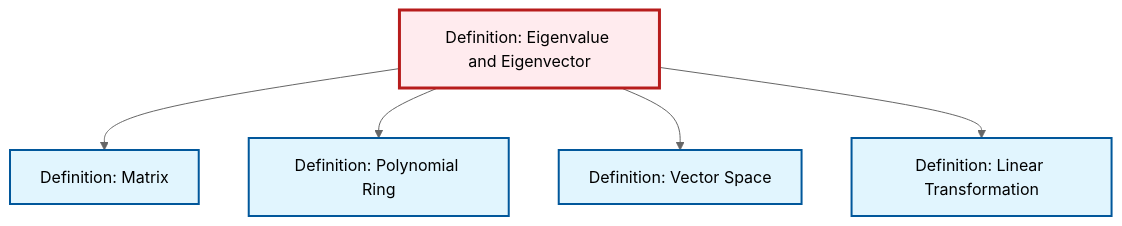
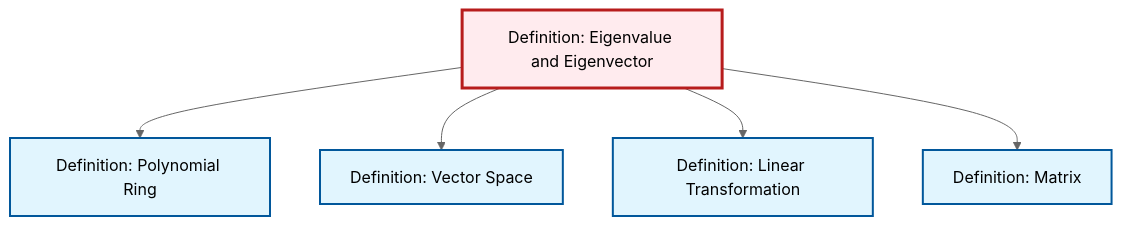
Before and after one commit to RK0429/ModernMath: the diagram in content/ja/algebra/def-eigenvalue-eigenvector.qmd, drawn with Mermaid (neutral theme). The commit also changed other lines of this file and 474 other files, not shown here.

````diff
--- a/content/ja/algebra/def-eigenvalue-eigenvector.qmd
+++ b/content/ja/algebra/def-eigenvalue-eigenvector.qmd
@@ -76,23 +76,23 @@
 ```{mermaid}
 %%| fig-cap: "Local dependency graph"
 graph TD
     classDef definition fill:#e1f5fe,stroke:#01579b,stroke-width:2px
     classDef theorem fill:#f3e5f5,stroke:#4a148c,stroke-width:2px
     classDef axiom fill:#fff3e0,stroke:#e65100,stroke-width:2px
     classDef example fill:#e8f5e9,stroke:#1b5e20,stroke-width:2px
     classDef current fill:#ffebee,stroke:#b71c1c,stroke-width:3px
+    def-polynomial-ring["Definition: Polynomial Ring"]:::definition
     def-linear-transformation["Definition: Linear Transformation"]:::definition
-    def-eigenvalue-eigenvector["Definition: Eigenvalue and Eigenvector"]:::definition
-    def-polynomial-ring["Definition: Polynomial Ring"]:::definition
     def-vector-space["Definition: Vector Space"]:::definition
     def-matrix["Definition: Matrix"]:::definition
-    def-eigenvalue-eigenvector --> def-matrix
+    def-eigenvalue-eigenvector["Definition: Eigenvalue and Eigenvector"]:::definition
     def-eigenvalue-eigenvector --> def-polynomial-ring
     def-eigenvalue-eigenvector --> def-vector-space
     def-eigenvalue-eigenvector --> def-linear-transformation
+    def-eigenvalue-eigenvector --> def-matrix
     class def-eigenvalue-eigenvector current
+    click def-polynomial-ring "def-polynomial-ring.html" "Definition: Polynomial Ringへ"
     click def-linear-transformation "def-linear-transformation.html" "Definition: Linear Transformationへ"
-    click def-polynomial-ring "def-polynomial-ring.html" "Definition: Polynomial Ringへ"
     click def-vector-space "def-vector-space.html" "Definition: Vector Spaceへ"
     click def-matrix "def-matrix.html" "Definition: Matrixへ"
 ```
````
